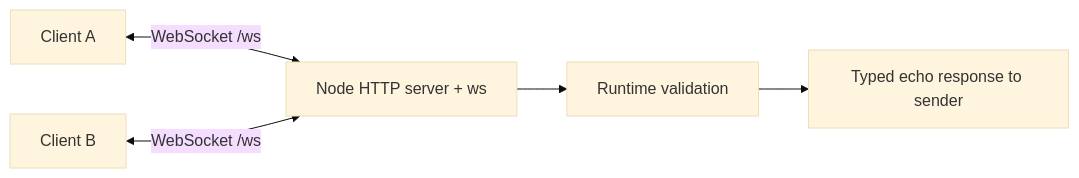
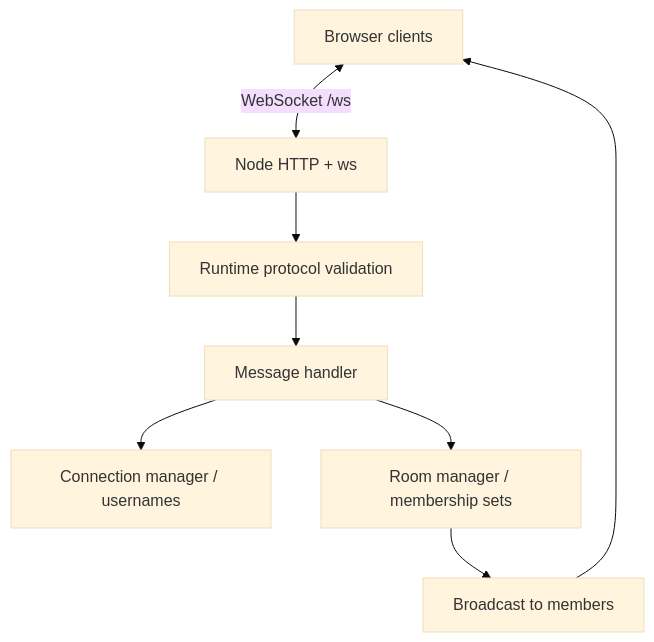
Before and after one commit to k11ngp1ng/ts-websocket-chat: the diagram in README.md, drawn with Mermaid (base theme). The commit also changed other lines of this file and 15 other files, not shown here.

Commit message:
feat: add usernames, room chat, and browser demo

````diff
--- a/README.md
+++ b/README.md
@@ -58,7 +54,10 @@
 ```mermaid
-flowchart LR
-  A[Client A] <-->|WebSocket /ws| H[Node HTTP server + ws]
-  B[Client B] <-->|WebSocket /ws| H
-  H --> V[Runtime validation]
-  V --> E[Typed echo response to sender]
+flowchart TD
+  C[Browser clients] <-->|WebSocket /ws| S[Node HTTP + ws]
+  S --> V[Runtime protocol validation]
+  V --> H[Message handler]
+  H --> U[Connection manager / usernames]
+  H --> R[Room manager / membership sets]
+  R --> B[Broadcast to members]
+  B --> C
 ```
````
